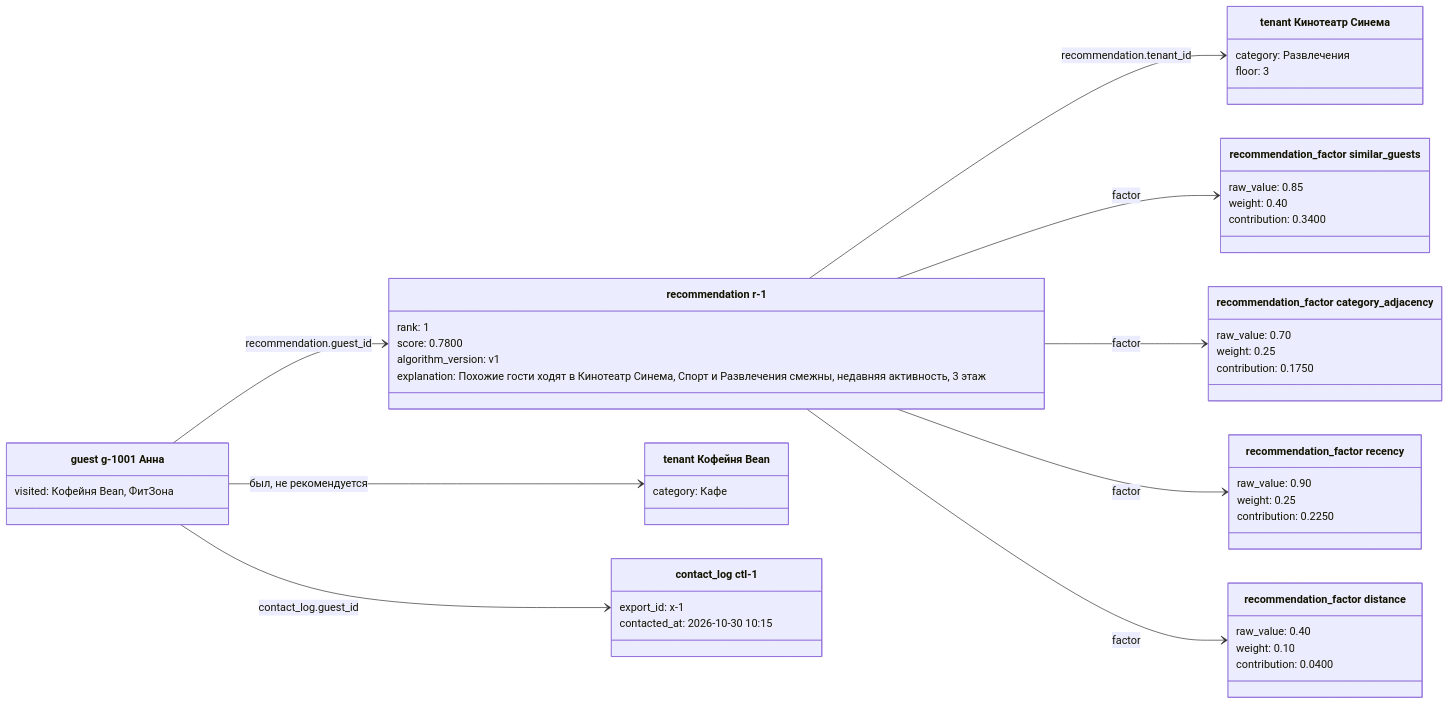
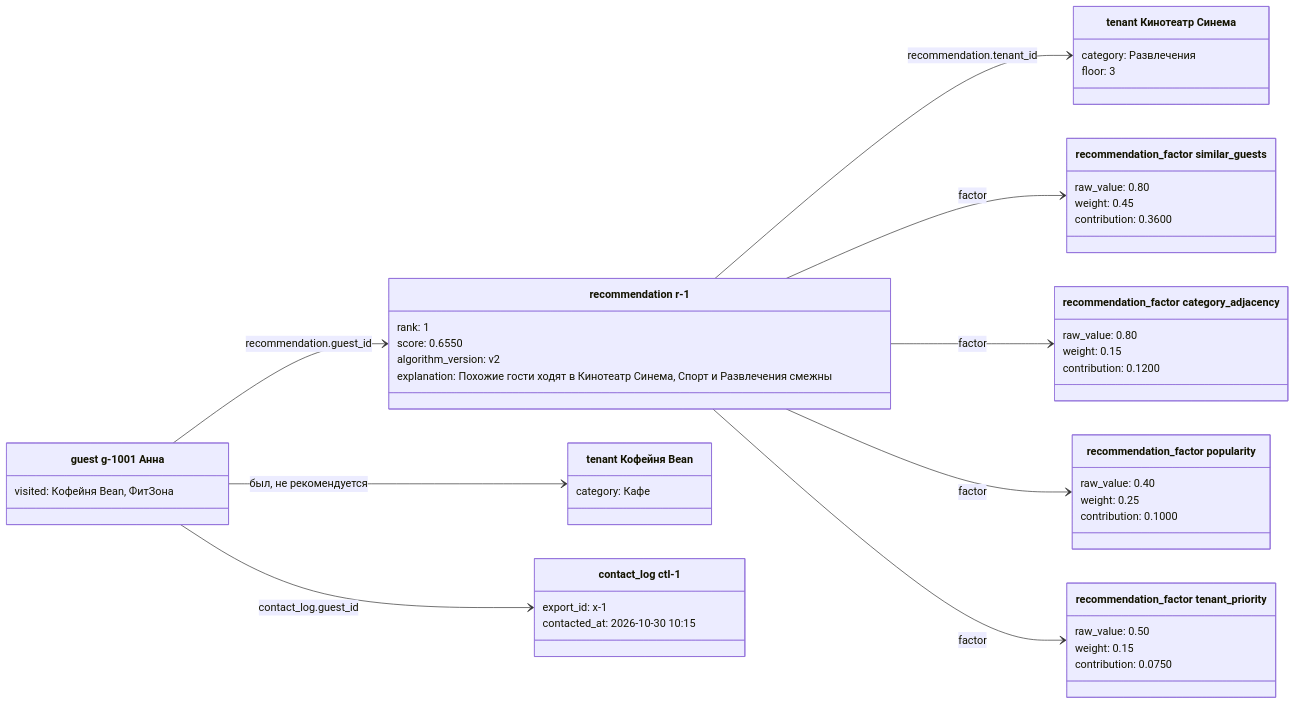
The fifth of 5 diagrams in docs/design/06-object-diagrams.md (MangriMen/UCRP), drawn with Mermaid before and after one commit. The commit also changed other lines of this file and 195 other files, not shown here.

````diff
--- a/docs/design/06-object-diagrams.md
+++ b/docs/design/06-object-diagrams.md
@@ -275,52 +275,52 @@
 ```mermaid
 classDiagram
   direction LR
   class g1["guest g-1001 Анна"] {
     visited: Кофейня Bean, ФитЗона
   }
   class r1["recommendation r-1"] {
     rank: 1
-    score: 0.7800
-    algorithm_version: v1
-    explanation: Похожие гости ходят в Кинотеатр Синема, Спорт и Развлечения смежны, недавняя активность, 3 этаж
+    score: 0.6550
+    algorithm_version: v2
+    explanation: Похожие гости ходят в Кинотеатр Синема, Спорт и Развлечения смежны
   }
   class f1["recommendation_factor similar_guests"] {
-    raw_value: 0.85
-    weight: 0.40
-    contribution: 0.3400
+    raw_value: 0.80
+    weight: 0.45
+    contribution: 0.3600
   }
   class f2["recommendation_factor category_adjacency"] {
-    raw_value: 0.70
+    raw_value: 0.80
+    weight: 0.15
+    contribution: 0.1200
+  }
+  class f3["recommendation_factor popularity"] {
+    raw_value: 0.40
     weight: 0.25
-    contribution: 0.1750
+    contribution: 0.1000
   }
-  class f3["recommendation_factor recency"] {
-    raw_value: 0.90
-    weight: 0.25
-    contribution: 0.2250
-  }
-  class f4["recommendation_factor distance"] {
-    raw_value: 0.40
-    weight: 0.10
-    contribution: 0.0400
+  class f4["recommendation_factor tenant_priority"] {
+    raw_value: 0.50
+    weight: 0.15
+    contribution: 0.0750
   }
   class tcine["tenant Кинотеатр Синема"] {
     category: Развлечения
     floor: 3
   }
   class tcafe["tenant Кофейня Bean"] {
     category: Кафе
   }
   class cl["contact_log ctl-1"] {
     export_id: x-1
     contacted_at: 2026-10-30 10:15
   }
   g1 --> r1 : recommendation.guest_id
   r1 --> tcine : recommendation.tenant_id
   r1 --> f1 : factor
   r1 --> f2 : factor
   r1 --> f3 : factor
   r1 --> f4 : factor
   g1 --> tcafe : был, не рекомендуется
   g1 --> cl : contact_log.guest_id
 ```
````
